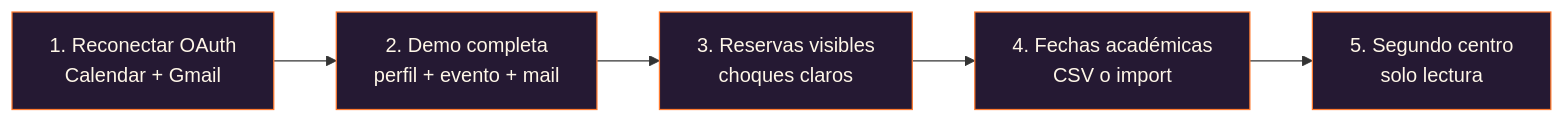
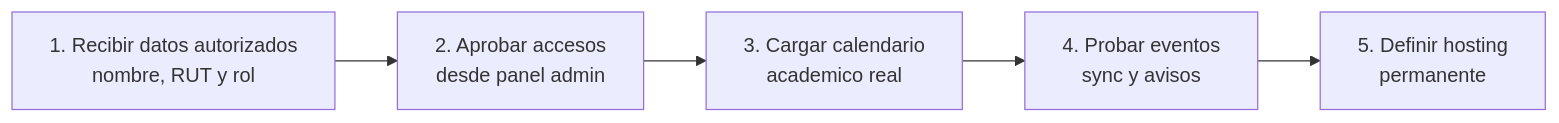
Before and after one commit to JackStar6677-1/CCAACalendar: the fourth of 16 diagrams in README.md, drawn with Mermaid. The commit also changed other lines of this file, not shown here.

Commit message:
docs: corrige diagramas y actualiza estado del piloto

````diff
--- a/README.md
+++ b/README.md
@@ -102,10 +48,7 @@
 ```mermaid
-flowchart LR
-    A["1. Reconectar OAuth\nCalendar + Gmail"] --> B["2. Demo completa\nperfil + evento + mail"]
-    B --> C["3. Reservas visibles\nchoques claros"]
-    C --> D["4. Fechas académicas\nCSV o import"]
-    D --> E["5. Segundo centro\nsolo lectura"]
-
-    classDef step fill:#251933,stroke:#ff7a2f,color:#fff7e8
-    class A,B,C,D,E step
+graph LR
+    A["1. Recibir datos autorizados<br/>nombre, RUT y rol"] --> B["2. Aprobar accesos<br/>desde panel admin"]
+    B --> C["3. Cargar calendario<br/>academico real"]
+    C --> D["4. Probar eventos<br/>sync y avisos"]
+    D --> E["5. Definir hosting<br/>permanente"]
 ```
````
